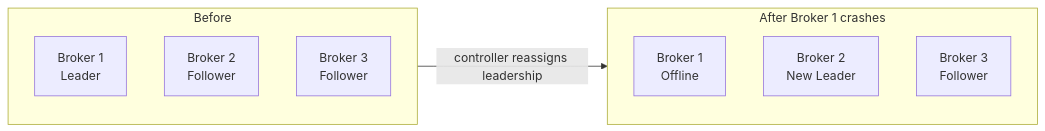
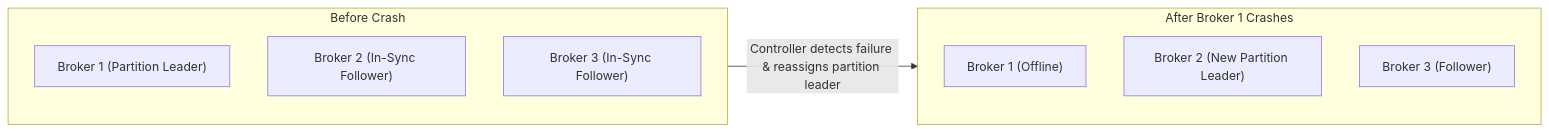
One commit to Siddpawar9222/Obsidian-Vault changed diagram 12 of 16 in Inbox/Kafka_Obsidian_Organized/04 - Replication and KRaft/008-KRaft_and_Cluster_Consensus.md. Above: the diagram before and after it, drawn with Mermaid. The commit also changed other lines of this file and 46 other files, not shown here.

````diff
--- a/Inbox/Kafka_Obsidian_Organized/04 - Replication and KRaft/008-KRaft_and_Cluster_Consensus.md
+++ b/Inbox/Kafka_Obsidian_Organized/04 - Replication and KRaft/008-KRaft_and_Cluster_Consensus.md
@@ -473,14 +339,14 @@
 ```mermaid
 flowchart LR
-    subgraph Before["Before"]
-        A1["Broker 1<br/>Leader"]
-        A2["Broker 2<br/>Follower"]
-        A3["Broker 3<br/>Follower"]
+    subgraph Before["Before Crash"]
+        B1["Broker 1 (Partition Leader)"]
+        B2["Broker 2 (In-Sync Follower)"]
+        B3["Broker 3 (In-Sync Follower)"]
     end
-    subgraph After["After Broker 1 crashes"]
-        N1["Broker 1<br/>Offline"]
-        N2["Broker 2<br/>New Leader"]
-        N3["Broker 3<br/>Follower"]
+    subgraph After["After Broker 1 Crashes"]
+        N1["Broker 1 (Offline)"]
+        N2["Broker 2 (New Partition Leader)"]
+        N3["Broker 3 (Follower)"]
     end
-    Before -->|"controller reassigns leadership"| After
+    Before -->|"Controller detects failure & reassigns partition leader"| After
 ```
````
